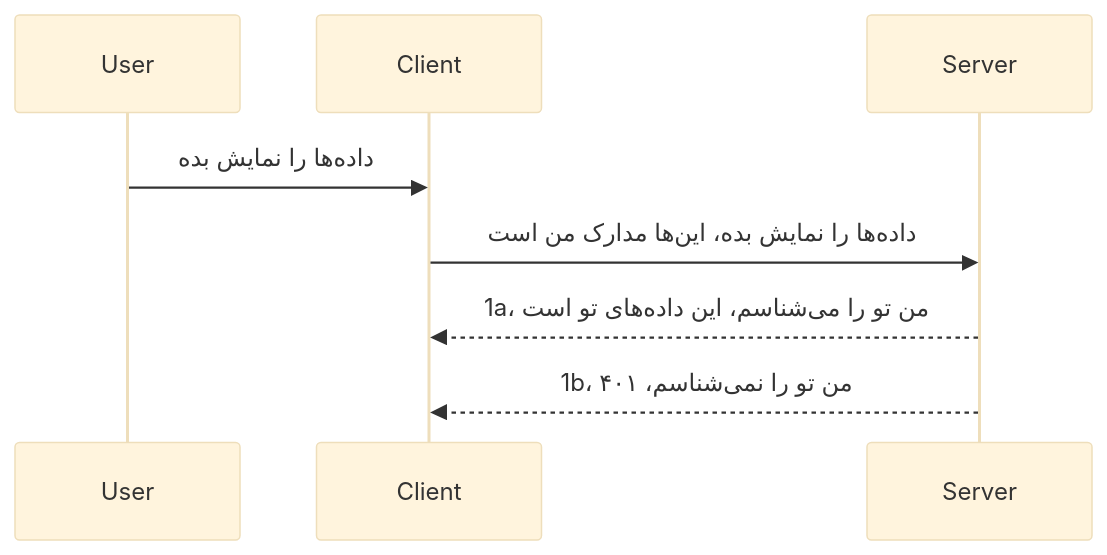
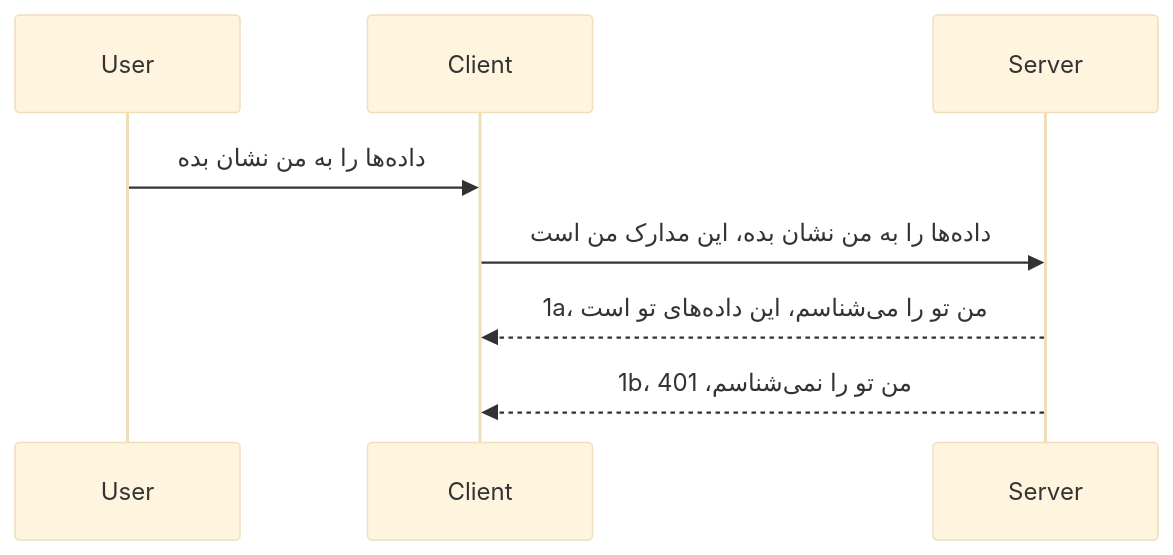
The diagram in mcp_ecosystem__model_context_protocol/mcp_learning_resources/mcp-for-beginners/translations/fa/03-GettingStarted/11-simple-auth/README.md (HIDORAKAI002/ai-workspace-archive), drawn with Mermaid (base theme) before and after one commit. The commit also changed other lines of this file and 1046 other files, not shown here.

````diff
--- a/mcp_ecosystem__model_context_protocol/mcp_learning_resources/mcp-for-beginners/translations/fa/03-GettingStarted/11-simple-auth/README.md
+++ b/mcp_ecosystem__model_context_protocol/mcp_learning_resources/mcp-for-beginners/translations/fa/03-GettingStarted/11-simple-auth/README.md
@@ -24,11 +24,11 @@
 ```mermaid
 sequenceDiagram
    participant User
    participant Client
    participant Server
 
-   User->>Client: داده‌ها را نمایش بده
-   Client->>Server: داده‌ها را نمایش بده، این‌ها مدارک من است
+   User->>Client: داده‌ها را به من نشان بده
+   Client->>Server: داده‌ها را به من نشان بده، این مدارک من است
    Server-->>Client: 1a، من تو را می‌شناسم، این داده‌های تو است
-   Server-->>Client: 1b، من تو را نمی‌شناسم، ۴۰۱ 
-```  
+   Server-->>Client: 1b، من تو را نمی‌شناسم، 401 
+```
````
